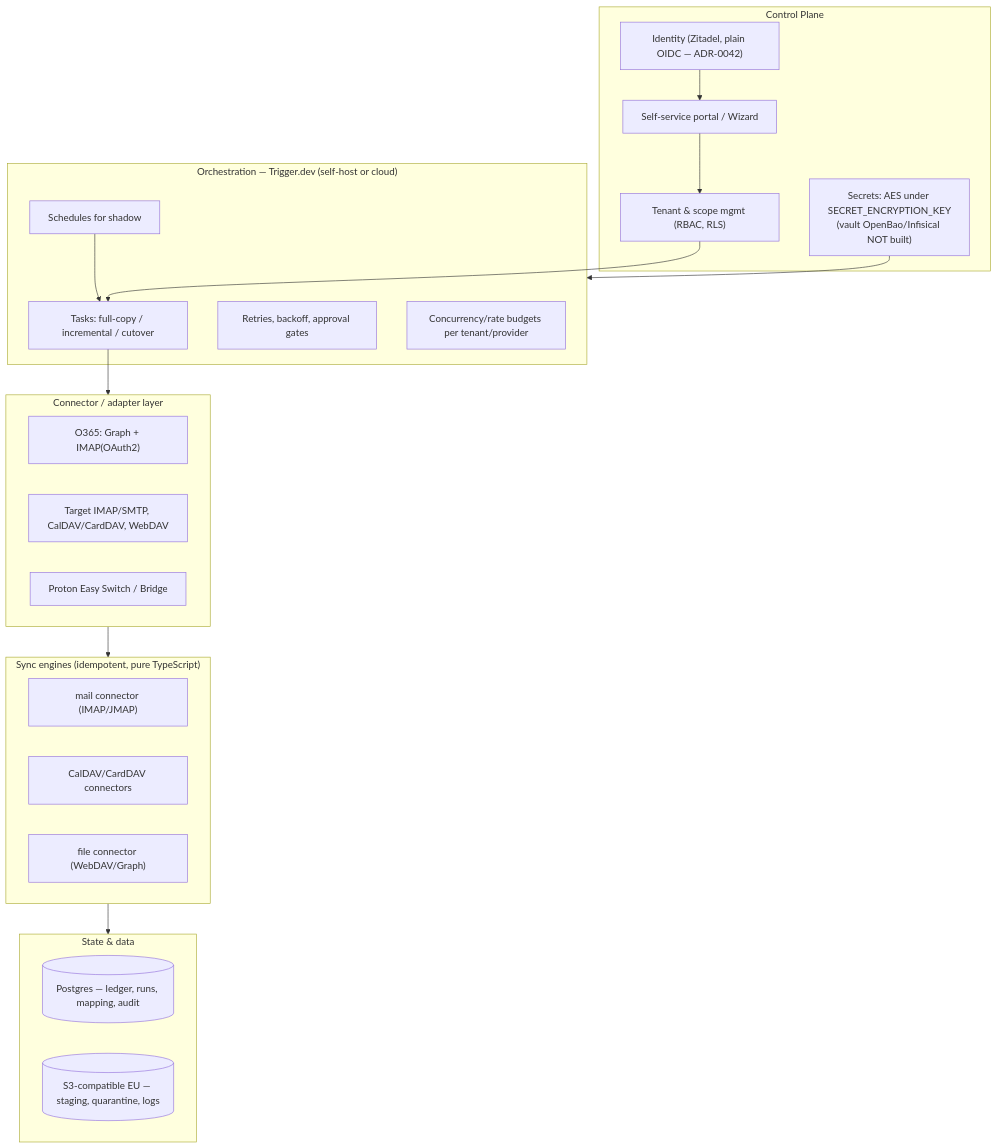
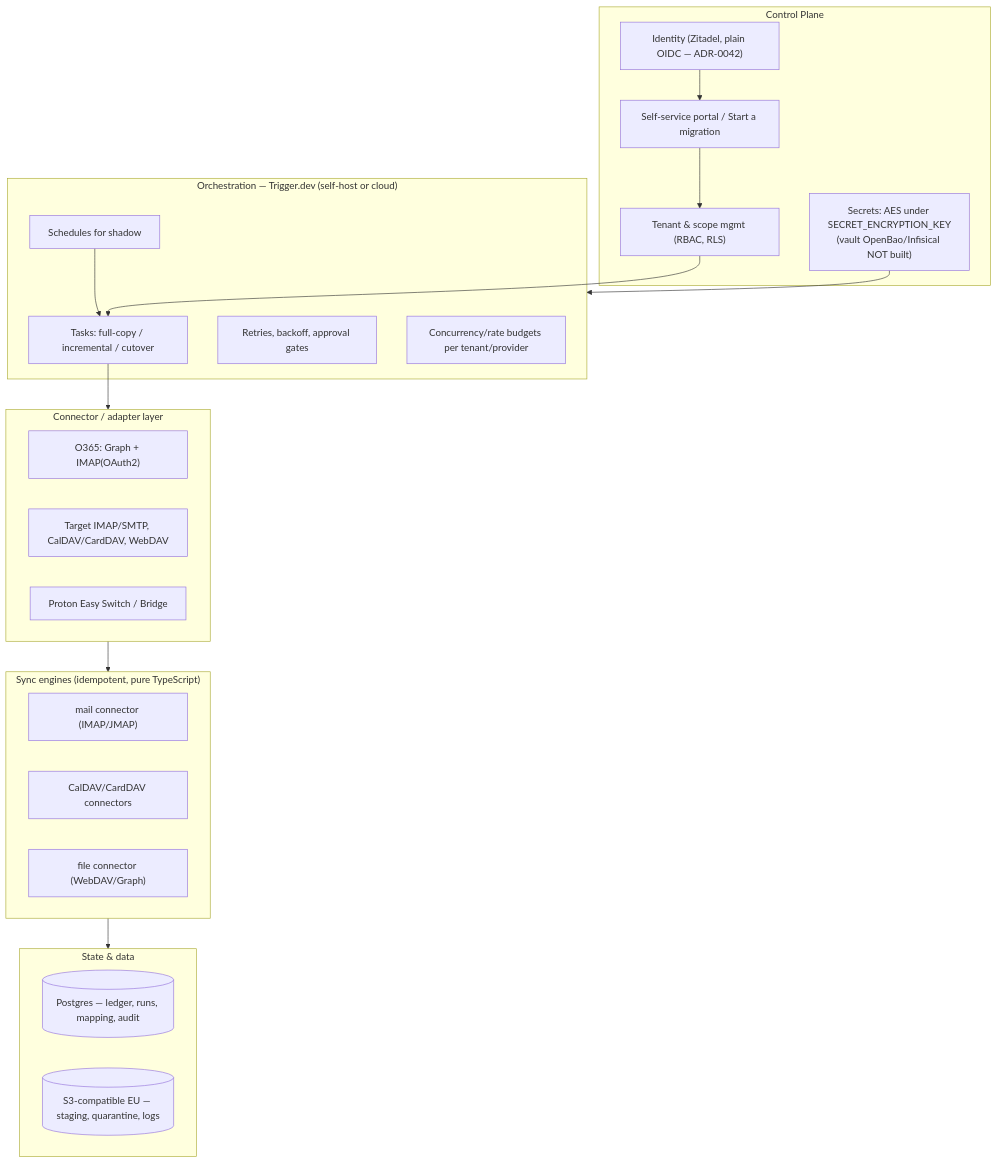
Before and after one commit to Robbes/Ownpace: the first of 2 diagrams in docs/architecture/solution-architecture.md, drawn with Mermaid. The commit also changed other lines of this file and 88 other files, not shown here.

````diff
--- a/docs/architecture/solution-architecture.md
+++ b/docs/architecture/solution-architecture.md
@@ -121,34 +121,34 @@
 ```mermaid
 flowchart TB
   subgraph CP["Control Plane"]
-    PORTAL["Self-service portal / Wizard"]
+    PORTAL["Self-service portal / Start a migration"]
     IDP["Identity (Zitadel, plain OIDC — ADR-0042)"]
     TENANT["Tenant & scope mgmt (RBAC, RLS)"]
     VAULT["Secrets: AES under SECRET_ENCRYPTION_KEY<br/>(vault OpenBao/Infisical NOT built)"]
   end
   subgraph ORCH["Orchestration — Trigger.dev (self-host or cloud)"]
     FLOWS["Tasks: full-copy / incremental / cutover"]
     SCHED["Schedules for shadow"]
     RETRY["Retries, backoff, approval gates"]
     CONC["Concurrency/rate budgets per tenant/provider"]
   end
   subgraph ADAPT["Connector / adapter layer"]
     GRAPH["O365: Graph + IMAP(OAuth2)"]
     TARGETS["Target IMAP/SMTP, CalDAV/CardDAV, WebDAV"]
     PROTON["Proton Easy Switch / Bridge"]
   end
   subgraph ENGINES["Sync engines (idempotent, pure TypeScript)"]
     MAIL["mail connector (IMAP/JMAP)"]
     DAV["CalDAV/CardDAV connectors"]
     FILES["file connector (WebDAV/Graph)"]
   end
   subgraph STATE["State & data"]
     LEDGER[("Postgres — ledger, runs, mapping, audit")]
     OBJ[("S3-compatible EU — staging, quarantine, logs")]
   end
   PORTAL --> TENANT --> FLOWS
   IDP --> PORTAL
   VAULT --> ORCH
   FLOWS --> ADAPT --> ENGINES --> STATE
   SCHED --> FLOWS
 ```
````
